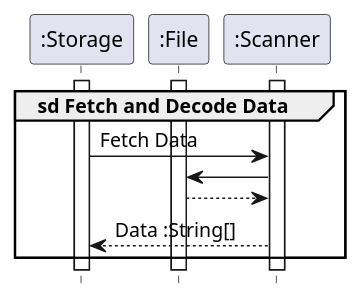
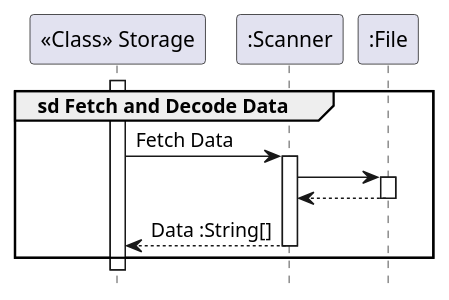
The second of 4 diagrams in docs/uml/loadSequence.puml (TiangSoonYong/tp), drawn with PlantUML before and after one commit. The commit also changed other lines of this file and 3 other files, not shown here.

Commit message:
Add Class diagram for Storage Class and Sequence Diagram for Save Sequence

```diff
--- a/docs/uml/loadSequence.puml
+++ b/docs/uml/loadSequence.puml
@@ -60,17 +54,19 @@
 @startuml
 hide footbox
 
-participant ":Storage" as Storage
+participant "<<Class>> Storage" as Storage
+participant ":Scanner" as Scanner
 participant ":File" as File
-participant ":Scanner" as Scanner
 
 group sd Fetch and Decode Data
     activate Storage
+    Storage -> Scanner: Fetch Data
     activate Scanner
+    Scanner -> File:
     activate File
-    Storage -> Scanner: Fetch Data
-    Scanner -> File:
     File --> Scanner:
+    deactivate File
     Scanner --> Storage: Data :String[]
+    deactivate Scanner
 end group
 @enduml
```
